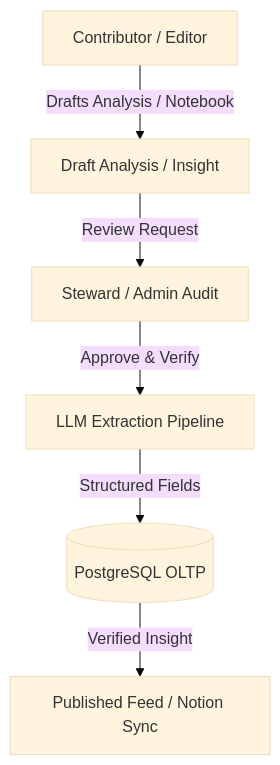
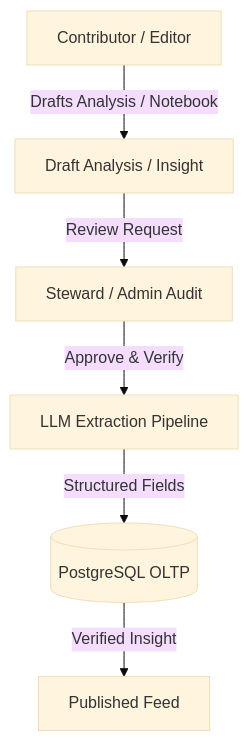
Before and after one commit to 852-Lab/jimwurst: the diagram in docs-site/docs/governance.md, drawn with Mermaid (base theme). The commit also changed other lines of this file, not shown here.

Commit message:
docs: add governance empowerment section and update architecture diagram

````diff
--- a/docs-site/docs/governance.md
+++ b/docs-site/docs/governance.md
@@ -14,8 +18,8 @@
 ```mermaid
 flowchart TD
     Contributor[Contributor / Editor] -->|Drafts Analysis / Notebook| Draft[Draft Analysis / Insight]
     Draft -->|Review Request| Steward[Steward / Admin Audit]
     Steward -->|Approve & Verify| Extractor[LLM Extraction Pipeline]
     Extractor -->|Structured Fields| DB[(PostgreSQL OLTP)]
-    DB -->|Verified Insight| Published[Published Feed / Notion Sync]
+    DB -->|Verified Insight| Published[Published Feed]
 ```
````
